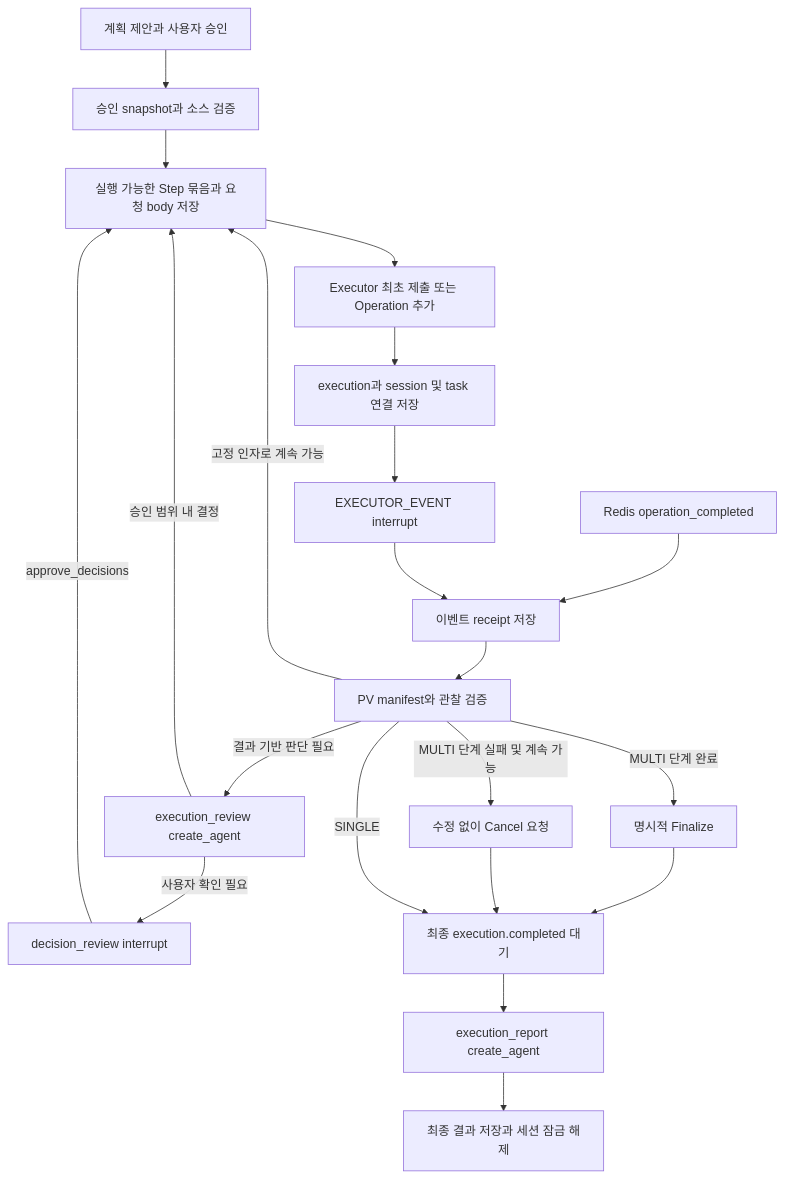
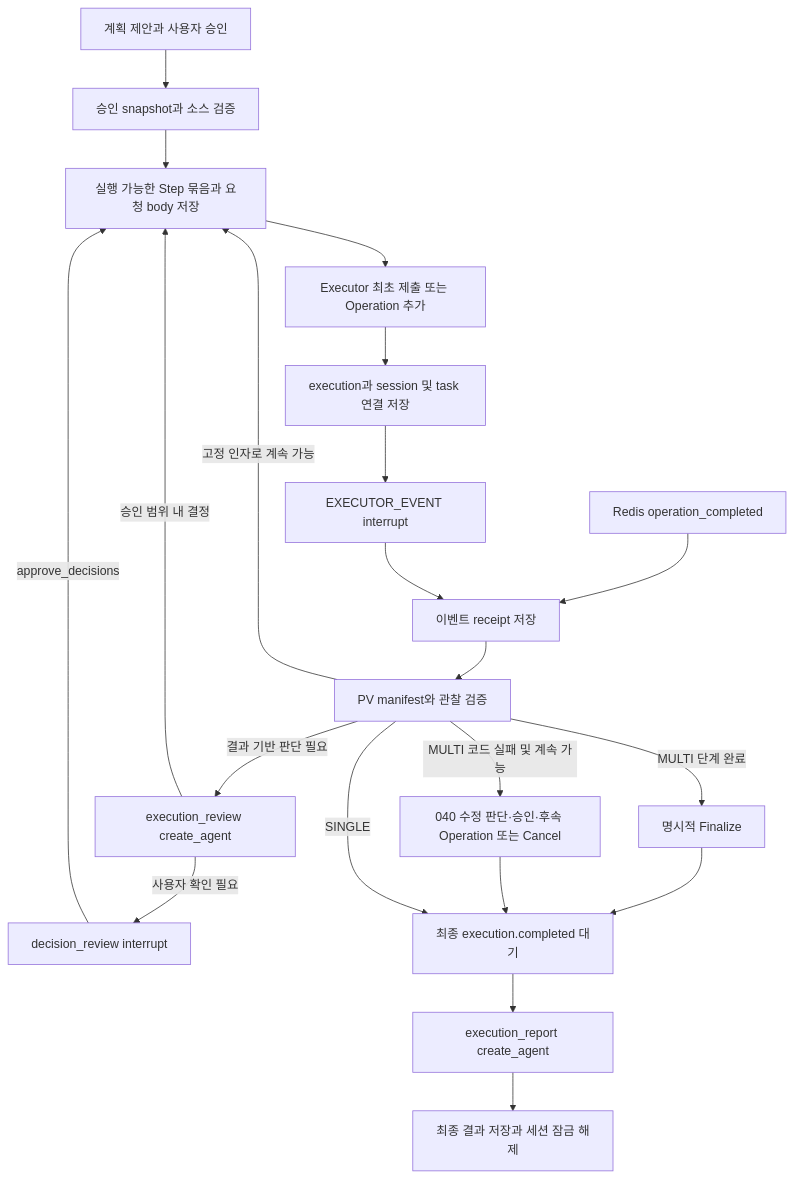
Before and after one commit to KimHwaJin/prj_re: the diagram in docs/agentic-executor-runtime.md, drawn with Mermaid. The commit also changed other lines of this file and 37 other files, not shown here.

````diff
--- a/docs/agentic-executor-runtime.md
+++ b/docs/agentic-executor-runtime.md
@@ -7,23 +7,23 @@
 ```mermaid
 flowchart TD
   P[계획 제안과 사용자 승인] --> S[승인 snapshot과 소스 검증]
   S --> C[실행 가능한 Step 묶음과 요청 body 저장]
   C --> H[Executor 최초 제출 또는 Operation 추가]
   H --> B[execution과 session 및 task 연결 저장]
   B --> W[EXECUTOR_EVENT interrupt]
   E[Redis operation_completed] --> R[이벤트 receipt 저장]
   W --> R
   R --> O[PV manifest와 관찰 검증]
   O -->|고정 인자로 계속 가능| C
   O -->|결과 기반 판단 필요| A[execution_review create_agent]
   A -->|승인 범위 내 결정| C
   A -->|사용자 확인 필요| U[decision_review interrupt]
   U -->|approve_decisions| C
   O -->|MULTI 단계 완료| F[명시적 Finalize]
-  O -->|MULTI 단계 실패 및 계속 가능| X[수정 없이 Cancel 요청]
+  O -->|MULTI 코드 실패 및 계속 가능| X[040 수정 판단·승인·후속 Operation 또는 Cancel]
   F --> T[최종 execution.completed 대기]
   X --> T
   O -->|SINGLE| T
   T --> D[execution_report create_agent]
   D --> Z[최종 결과 저장과 세션 잠금 해제]
 ```
````
